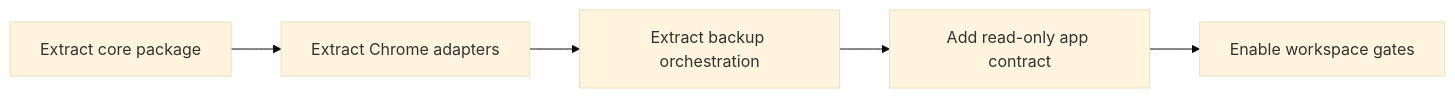
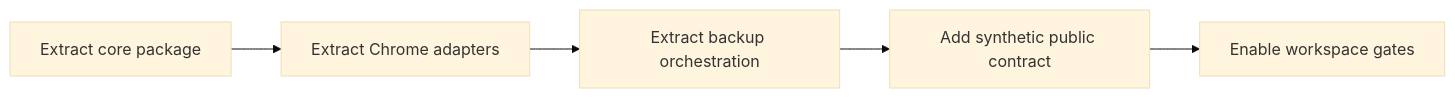
The fifth of 5 diagrams in .kiro/specs/local-data-library-boundaries/design.md (Huruikagi/pc-build-planner), drawn with Mermaid (base theme) before and after one commit. The commit also changed other lines of this file and 16 other files, not shown here.

````diff
--- a/.kiro/specs/local-data-library-boundaries/design.md
+++ b/.kiro/specs/local-data-library-boundaries/design.md
@@ -483,7 +609,7 @@
 ```mermaid
 flowchart LR
     Core[Extract core package] --> Chrome[Extract Chrome adapters]
     Chrome --> Backup[Extract backup orchestration]
-    Backup --> Contract[Add read-only app contract]
+    Backup --> Contract[Add synthetic public contract]
     Contract --> Gates[Enable workspace gates]
 ```
````
